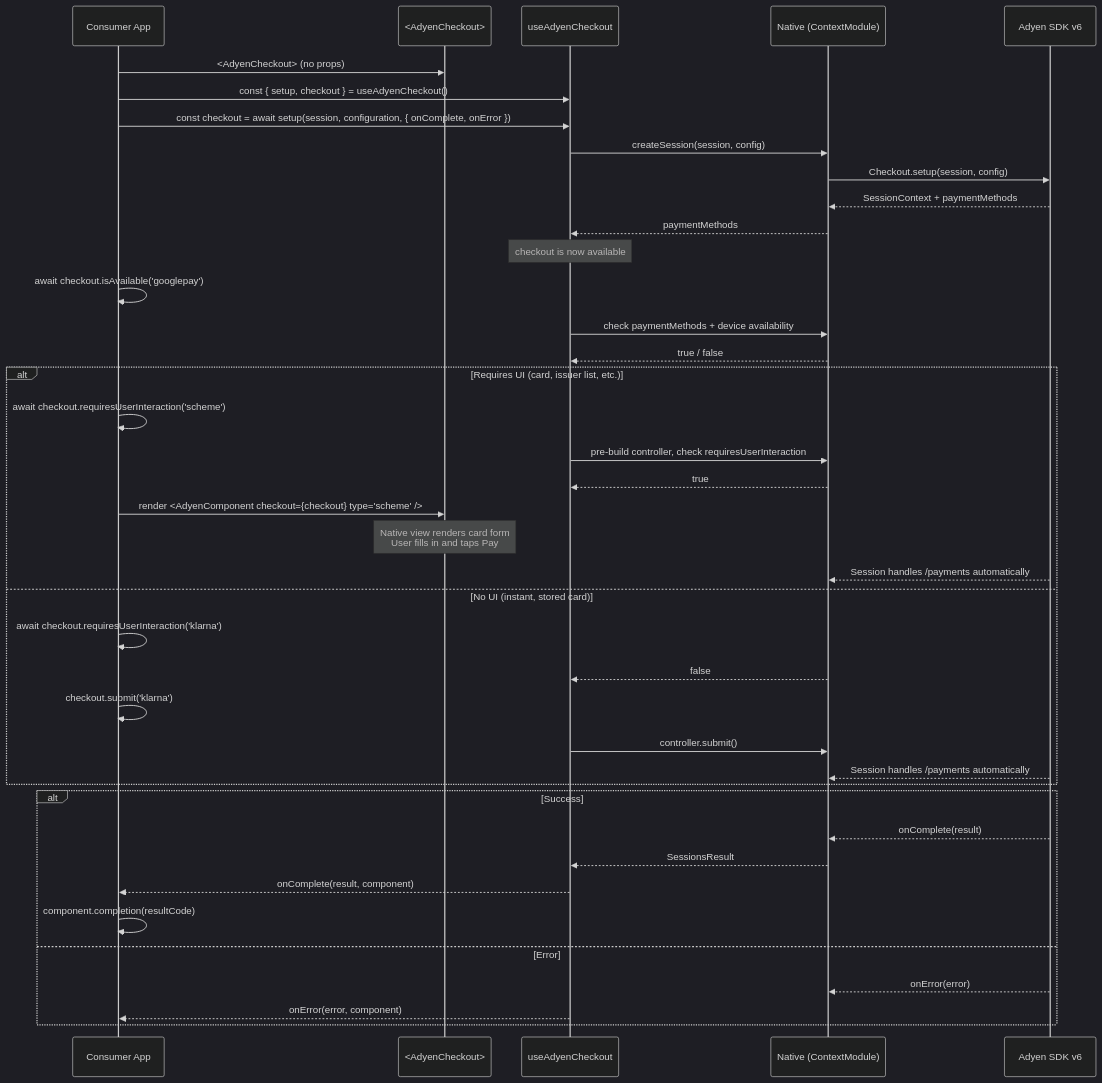
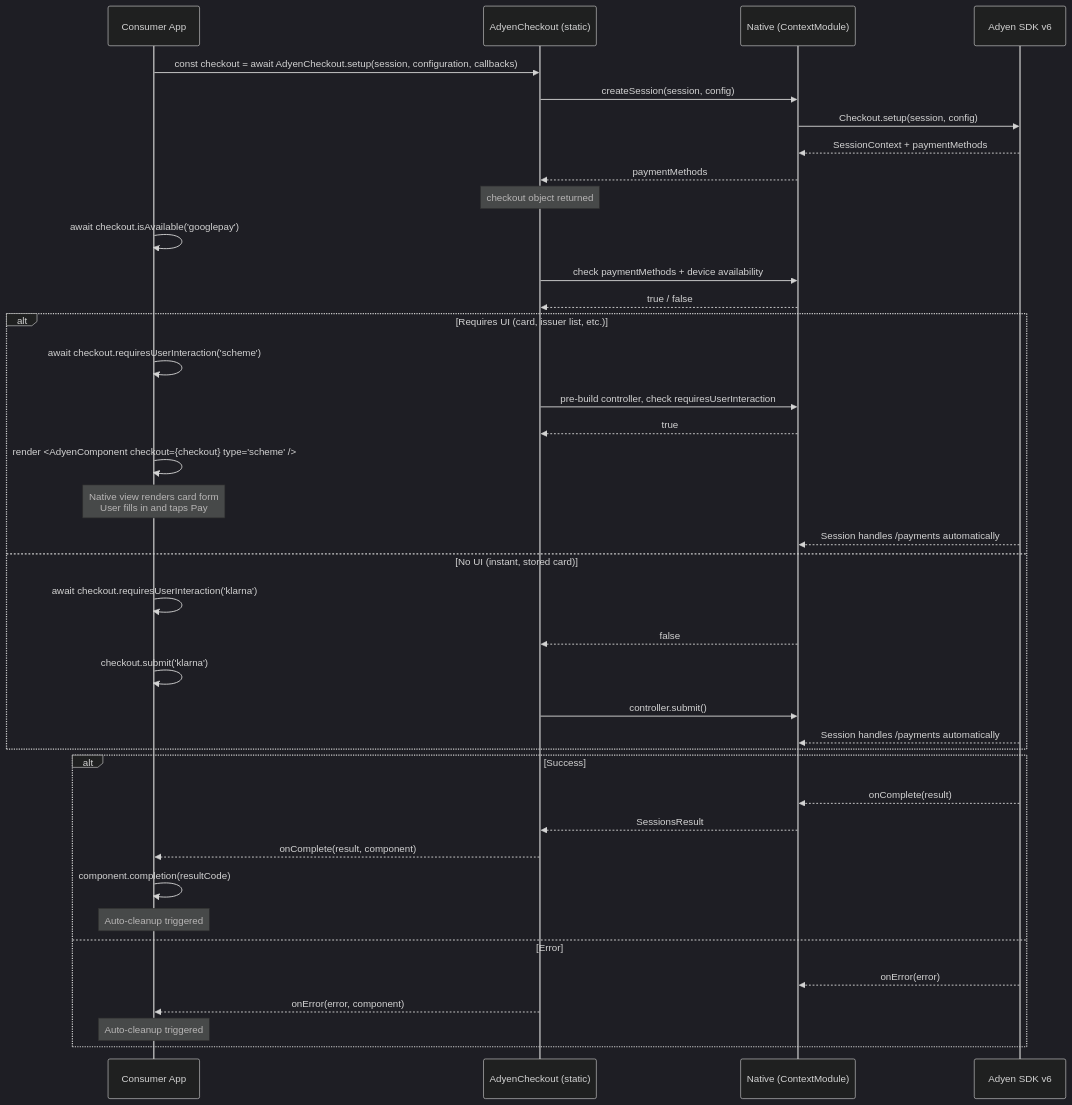
The fourth of 7 diagrams in docs/v6-public-api-proposal.md (Adyen/adyen-react-native), drawn with Mermaid (dark theme) before and after one commit. The commit also changed other lines of this file and 26 other files, not shown here.

First line of the commit message:
refactor: replace AdyenCheckout provider with static API (Option B)

````diff
--- a/docs/v6-public-api-proposal.md
+++ b/docs/v6-public-api-proposal.md
@@ -134,47 +143,45 @@
 ```mermaid
 sequenceDiagram
     participant App as Consumer App
-    participant AC as <AdyenCheckout>
-    participant Hook as useAdyenCheckout
+    participant AC as AdyenCheckout (static)
     participant Native as Native (ContextModule)
     participant SDK as Adyen SDK v6
 
-    App->>AC: <AdyenCheckout> (no props)
-    App->>Hook: const { setup, checkout } = useAdyenCheckout()
-
-    App->>Hook: const checkout = await setup(session, configuration, { onComplete, onError })
-    Hook->>Native: createSession(session, config)
+    App->>AC: const checkout = await AdyenCheckout.setup(session, configuration, callbacks)
+    AC->>Native: createSession(session, config)
     Native->>SDK: Checkout.setup(session, config)
     SDK-->>Native: SessionContext + paymentMethods
-    Native-->>Hook: paymentMethods
-    Note over Hook: checkout is now available
+    Native-->>AC: paymentMethods
+    Note over AC: checkout object returned
 
     App->>App: await checkout.isAvailable('googlepay')
-    Hook->>Native: check paymentMethods + device availability
-    Native-->>Hook: true / false
+    AC->>Native: check paymentMethods + device availability
+    Native-->>AC: true / false
 
     alt Requires UI (card, issuer list, etc.)
         App->>App: await checkout.requiresUserInteraction('scheme')
-        Hook->>Native: pre-build controller, check requiresUserInteraction
-        Native-->>Hook: true
-        App->>AC: render <AdyenComponent checkout={checkout} type="scheme" />
-        Note over AC: Native view renders card form<br/>User fills in and taps Pay
+        AC->>Native: pre-build controller, check requiresUserInteraction
+        Native-->>AC: true
+        App->>App: render <AdyenComponent checkout={checkout} type="scheme" />
+        Note over App: Native view renders card form<br/>User fills in and taps Pay
         SDK-->>Native: Session handles /payments automatically
     else No UI (instant, stored card)
         App->>App: await checkout.requiresUserInteraction('klarna')
-        Native-->>Hook: false
+        Native-->>AC: false
         App->>App: checkout.submit('klarna')
-        Hook->>Native: controller.submit()
+        AC->>Native: controller.submit()
         SDK-->>Native: Session handles /payments automatically
     end
 
     alt Success
         SDK-->>Native: onComplete(result)
-        Native-->>Hook: SessionsResult
-        Hook-->>App: onComplete(result, component)
+        Native-->>AC: SessionsResult
+        AC-->>App: onComplete(result, component)
         App->>App: component.completion(resultCode)
+        Note over App: Auto-cleanup triggered
     else Error
         SDK-->>Native: onError(error)
-        Hook-->>App: onError(error, component)
+        AC-->>App: onError(error, component)
+        Note over App: Auto-cleanup triggered
     end
 ```
````
